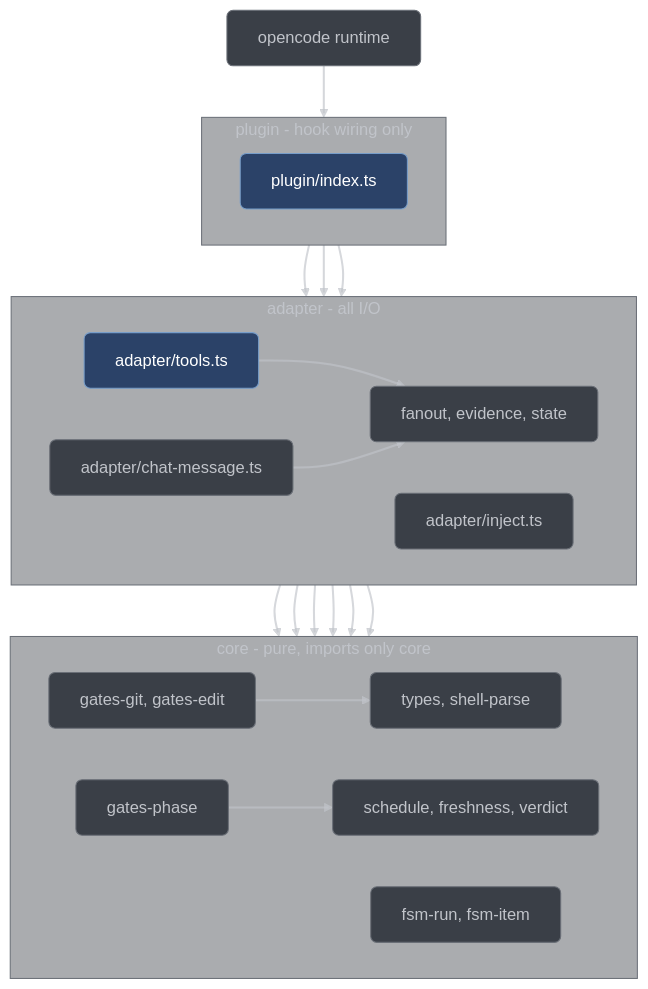
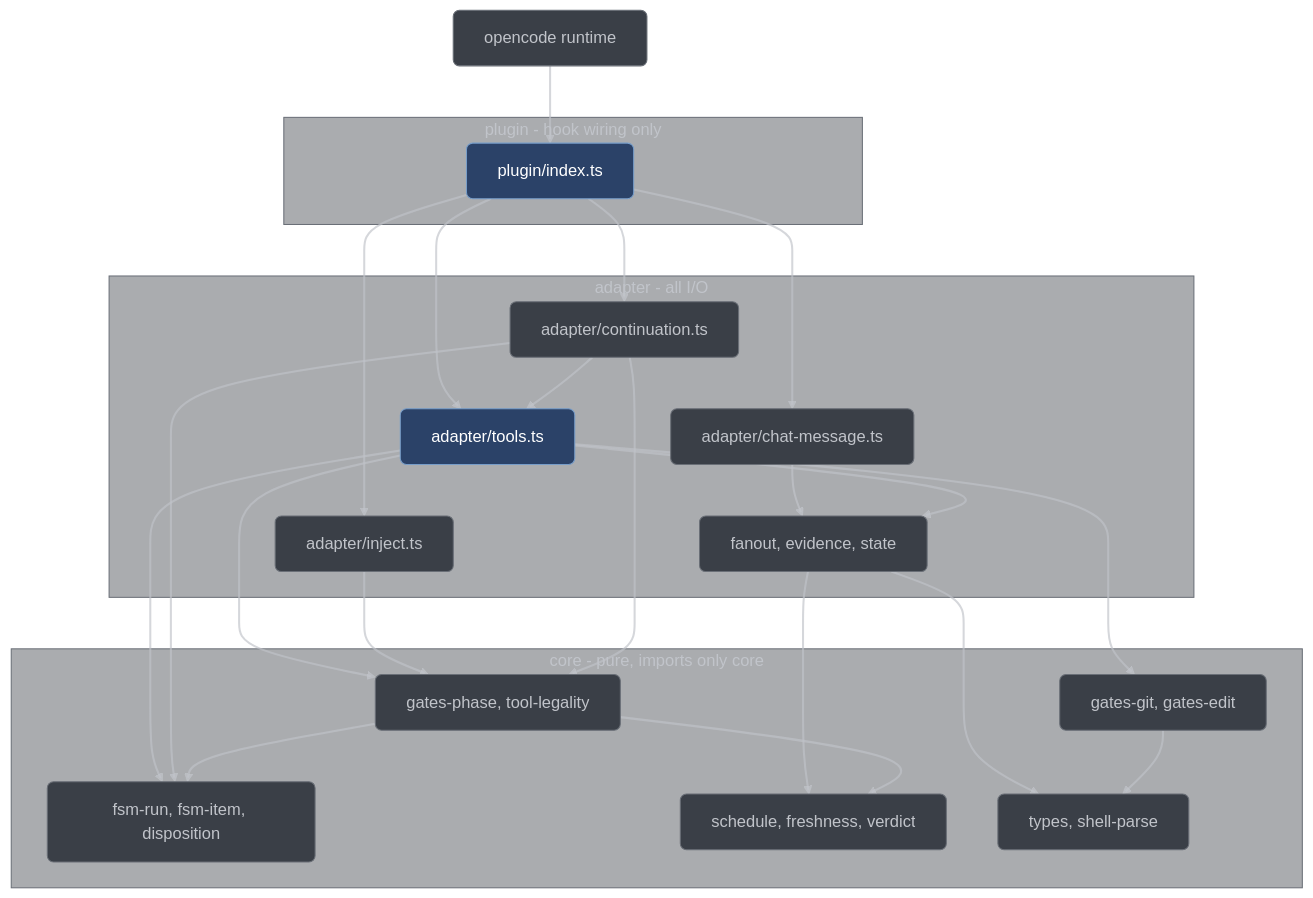
Before and after one commit to vorlac/llama-harness: the second of 2 diagrams in docs/developer/architecture.md, drawn with Mermaid. The commit also changed other lines of this file and 44 other files, not shown here.

Commit message:
global repo docs sync, corrections, added coverage/explanations, drift corrections, diagram layout improvements, etc

````diff
--- a/docs/developer/architecture.md
+++ b/docs/developer/architecture.md
@@ -222,51 +215,67 @@
 ---
 %% Design: the plan's three-tier rule (§3.4, §3.5), not a literal import listing.
 %% The direction is what conductor/tests/purity.test.ts enforces.
+%% Layout: no `direction LR` inside the clusters (it fights the parent TD ranking),
+%% plus three invisible spacers out of SIDE so core always ranks below adapter.
 graph TD
 
+    OC["opencode runtime"]
+
+    subgraph LP["plugin - hook wiring only"]
+        IDX["plugin/index.ts"]
+    end
+
+    subgraph LA["adapter - all I/O"]
+        CHAT["adapter/chat-message.ts"]
+        INJ["adapter/inject.ts"]
+        CONT["adapter/continuation.ts"]
+        TOOLS["adapter/tools.ts"]
+        SIDE["fanout, evidence, state"]
+    end
+
     subgraph LC["core - pure, imports only core"]
-        direction LR
         GATES["gates-git, gates-edit"]
-        PHASE["gates-phase"]
-        FSM["fsm-run, fsm-item"]
+        PHASE["gates-phase, tool-legality"]
+        FSM["fsm-run, fsm-item, disposition"]
         DERIVE["schedule, freshness, verdict"]
         TYPES["types, shell-parse"]
     end
 
-    subgraph LP["plugin - hook wiring only"]
-        direction LR
-        IDX["plugin/index.ts"]
-    end
+    OC --> IDX
 
-    subgraph LA["adapter - all I/O"]
-        direction LR
-        TOOLS["adapter/tools.ts"]
-        CHAT["adapter/chat-message.ts"]
-        INJ["adapter/inject.ts"]
-        SIDE["fanout, evidence, state"]
-    end
-
-    OC["opencode runtime"] --> IDX
-
-    IDX --> TOOLS
     IDX --> CHAT
     IDX --> INJ
+    IDX --> CONT
+    IDX --> TOOLS
+
+    CONT --> TOOLS
+    CHAT --> SIDE
+    TOOLS --> SIDE
+
     TOOLS --> GATES
     TOOLS --> PHASE
     TOOLS --> FSM
-    TOOLS --> SIDE
-    CHAT --> SIDE
     INJ --> PHASE
+    CONT --> PHASE
+    CONT --> FSM
+
     SIDE --> DERIVE
     SIDE --> TYPES
     GATES --> TYPES
     PHASE --> DERIVE
+    PHASE --> FSM
 
-    linkStyle default stroke:#C1C4CAaa,stroke-width:2px,color:#C1C4CAaa
+    %% rank spacers - invisible, no semantic meaning
+    SIDE ~~~ GATES
+    SIDE ~~~ PHASE
+    SIDE ~~~ FSM
+
+    %% styled by index (0-18) so the spacers at 19-21 keep their invisible stroke
+    linkStyle 0,1,2,3,4,5,6,7,8,9,10,11,12,13,14,15,16,17,18 stroke:#C1C4CAaa,stroke-width:2px,color:#C1C4CAaa
 
     classDef neutral fill:#3a3f47,stroke:#6a6f77,color:#C1C4CA,rx:6,ry:6
     classDef accent  fill:#2b4268,stroke:#779DC9,color:#ffffff,rx:6,ry:6
 
-    class OC,CHAT,INJ,SIDE,GATES,PHASE,FSM,DERIVE,TYPES neutral
+    class OC,CHAT,INJ,CONT,SIDE,GATES,PHASE,FSM,DERIVE,TYPES neutral
     class IDX,TOOLS accent
 ```
````
